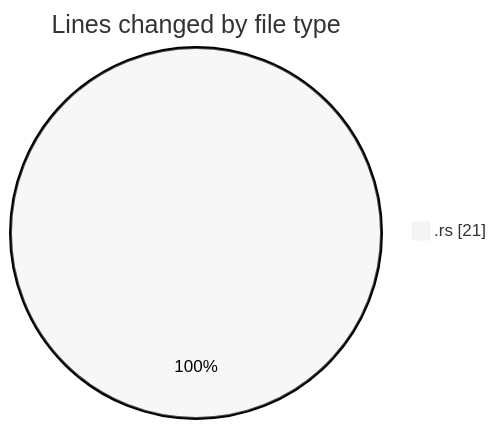
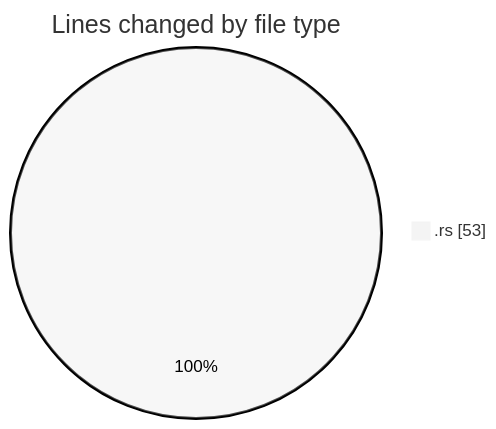
Before and after one commit to Ritupan-Deka/code-tracking: the first of 2 diagrams in 2025-12-27/rust/README.md, drawn with Mermaid (neutral theme). The commit also changed other lines of this file and 1 other file, not shown here.

````diff
--- a/2025-12-27/rust/README.md
+++ b/2025-12-27/rust/README.md
@@ -20,5 +20,5 @@
 ```mermaid
 pie showData
 title Lines changed by file type
-".rs" : 21
+".rs" : 53
 ```
````
